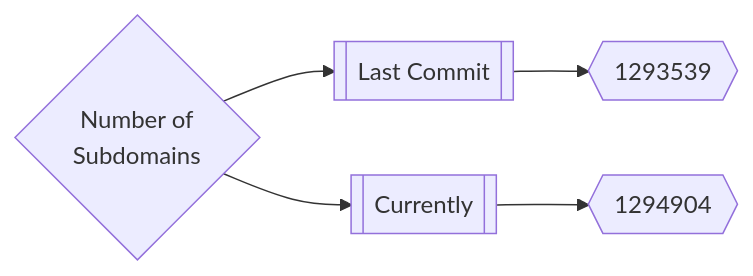
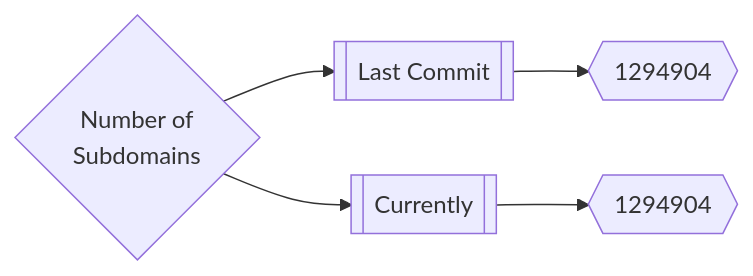
The first of 3 diagrams in README.md (trickest/inventory), drawn with Mermaid before and after one commit. The commit also changed other lines of this file and 112 other files, not shown here.

````diff
--- a/README.md
+++ b/README.md
@@ -165,5 +165,5 @@
 ```mermaid
 graph LR
-title{Number of<br>Subdomains} --> subdomainsDate1[[Last Commit]] --> subdomainsNum1{{1293539}}
+title{Number of<br>Subdomains} --> subdomainsDate1[[Last Commit]] --> subdomainsNum1{{1294904}}
 title --> subdomainsDate2[[Currently]] --> subdomainsNum2{{1294904}}
 ```
````
